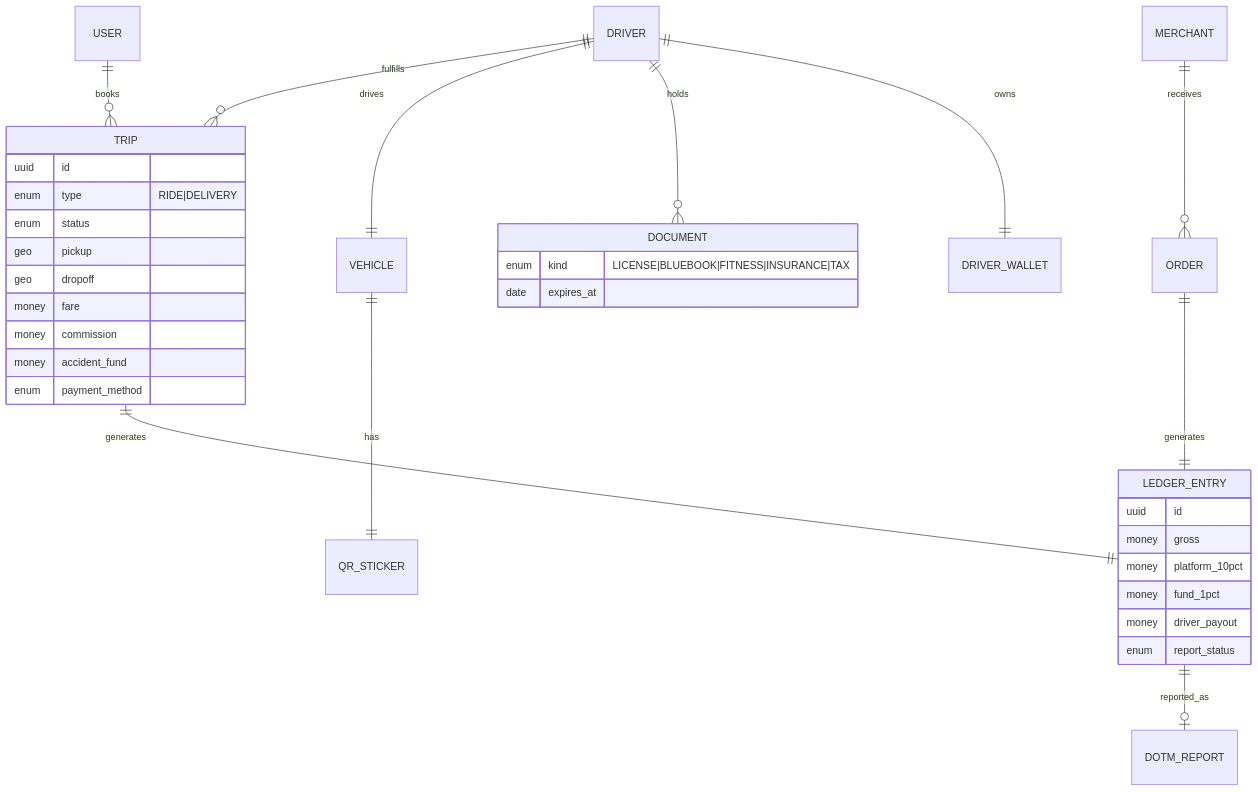
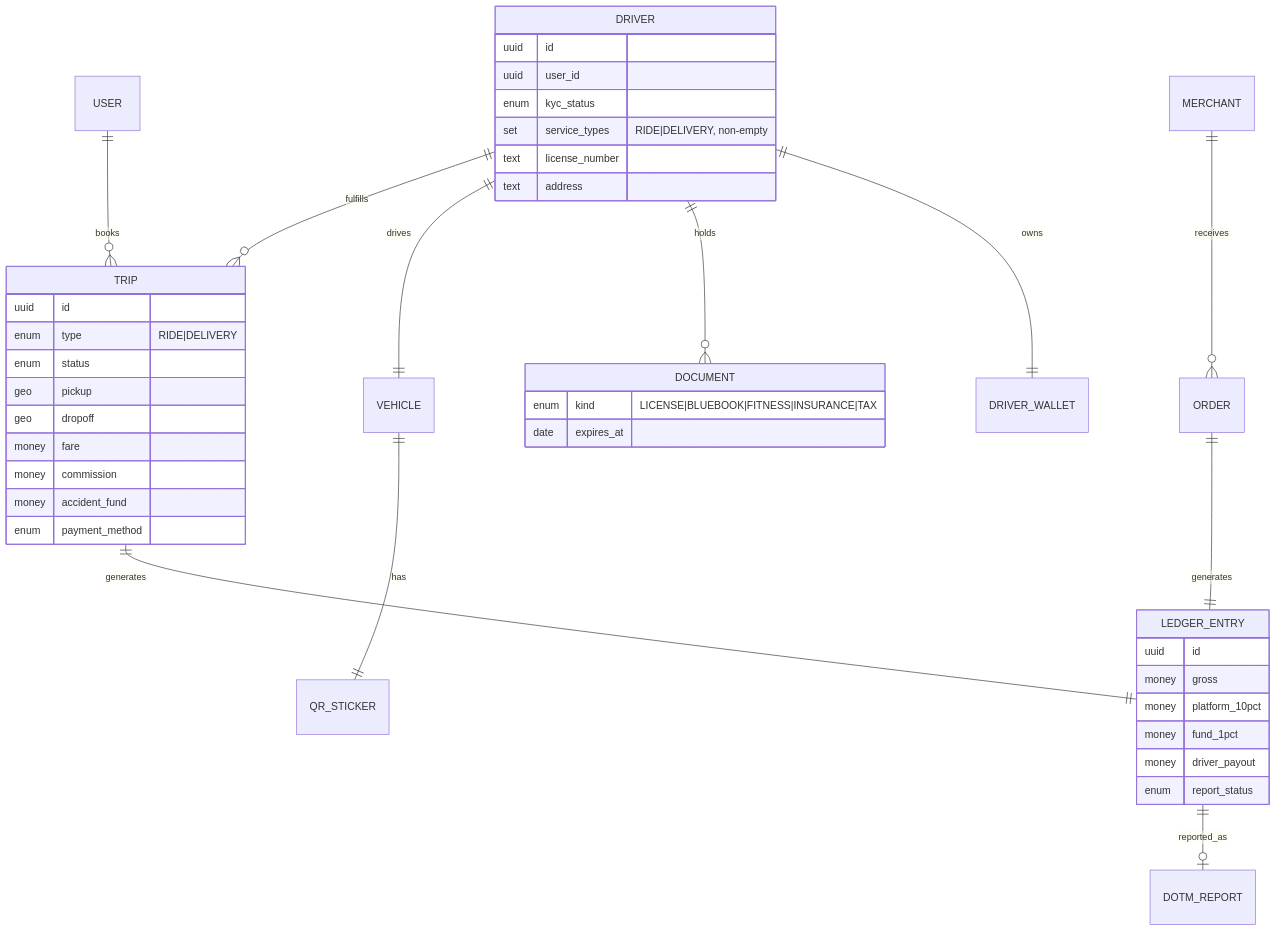
Before and after one commit to debendraoli/saarathi: the sixth of 7 diagrams in docs/research/05-technical-architecture.md, drawn with Mermaid. The commit also changed other lines of this file and 5 other files, not shown here.

First line of the commit message:
Document driver job-type segregation, record editing, and required KYC fields

````diff
--- a/docs/research/05-technical-architecture.md
+++ b/docs/research/05-technical-architecture.md
@@ -288,36 +308,44 @@
 ```mermaid
 erDiagram
     USER ||--o{ TRIP : books
     DRIVER ||--o{ TRIP : fulfills
     DRIVER ||--|| VEHICLE : drives
     VEHICLE ||--|| QR_STICKER : has
     DRIVER ||--o{ DOCUMENT : holds
     MERCHANT ||--o{ ORDER : receives
     TRIP ||--|| LEDGER_ENTRY : generates
     ORDER ||--|| LEDGER_ENTRY : generates
     LEDGER_ENTRY ||--o| DOTM_REPORT : reported_as
     DRIVER ||--|| DRIVER_WALLET : owns
+    DRIVER {
+      uuid id
+      uuid user_id
+      enum kyc_status
+      set service_types "RIDE|DELIVERY, non-empty"
+      text license_number
+      text address
+    }
     TRIP {
       uuid id
       enum type "RIDE|DELIVERY"
       enum status
       geo pickup
       geo dropoff
       money fare
       money commission
       money accident_fund
       enum payment_method
     }
     LEDGER_ENTRY {
       uuid id
       money gross
       money platform_10pct
       money fund_1pct
       money driver_payout
       enum report_status
     }
     DOCUMENT {
       enum kind "LICENSE|BLUEBOOK|FITNESS|INSURANCE|TAX"
       date expires_at
     }
 ```
````
